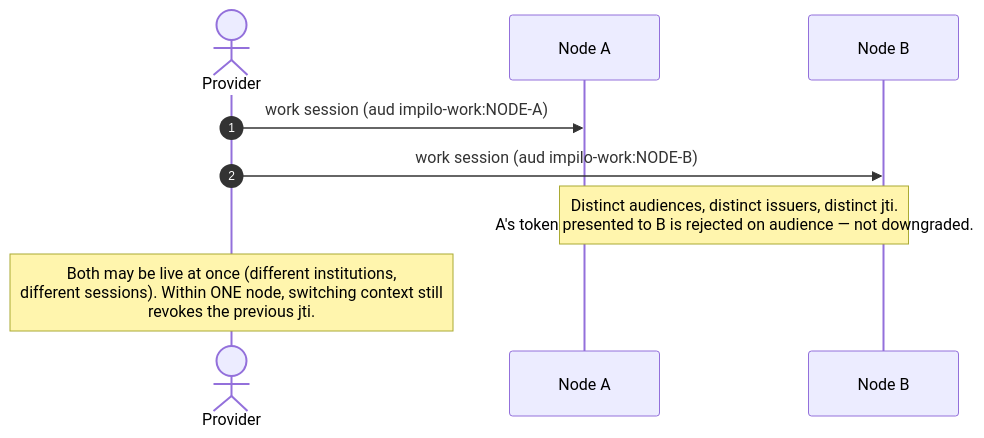
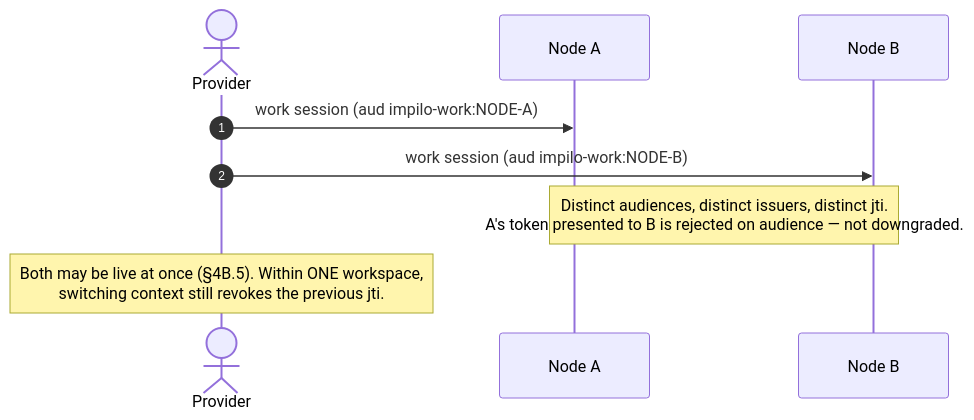
One commit to rtgongora/Impilo-vNext changed diagram 11 of 20 in docs/architecture/vnext-hybrid-federation-target-architecture.md. Above: the diagram before and after it, drawn with Mermaid. The commit also changed other lines of this file, not shown here.

````diff
--- a/docs/architecture/vnext-hybrid-federation-target-architecture.md
+++ b/docs/architecture/vnext-hybrid-federation-target-architecture.md
@@ -1400,11 +1555,11 @@
 ```mermaid
 sequenceDiagram
   autonumber
   actor P as Provider
   participant A as Node A
   participant B as Node B
   P->>A: work session (aud impilo-work:NODE-A)
   P->>B: work session (aud impilo-work:NODE-B)
   Note over A,B: Distinct audiences, distinct issuers, distinct jti.<br/>A's token presented to B is rejected on audience — not downgraded.
-  Note over P: Both may be live at once (different institutions,<br/>different sessions). Within ONE node, switching context still<br/>revokes the previous jti.
+  Note over P: Both may be live at once (§4B.5). Within ONE workspace,<br/>switching context still revokes the previous jti.
 ```
````
